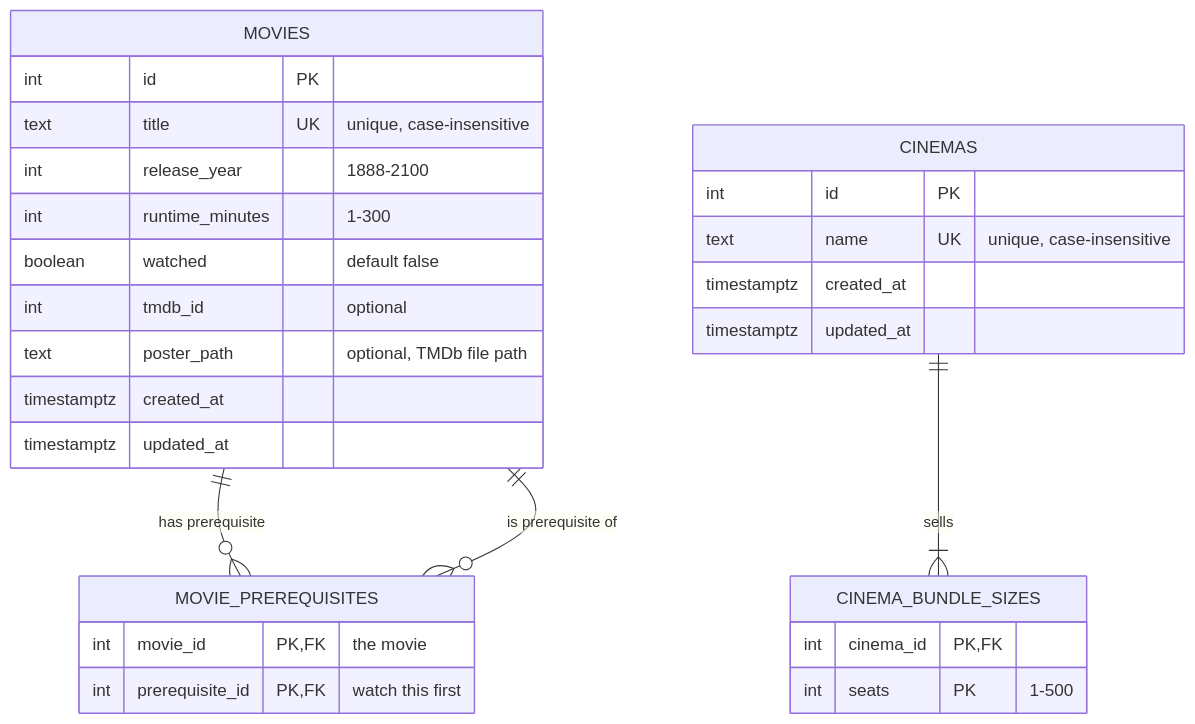
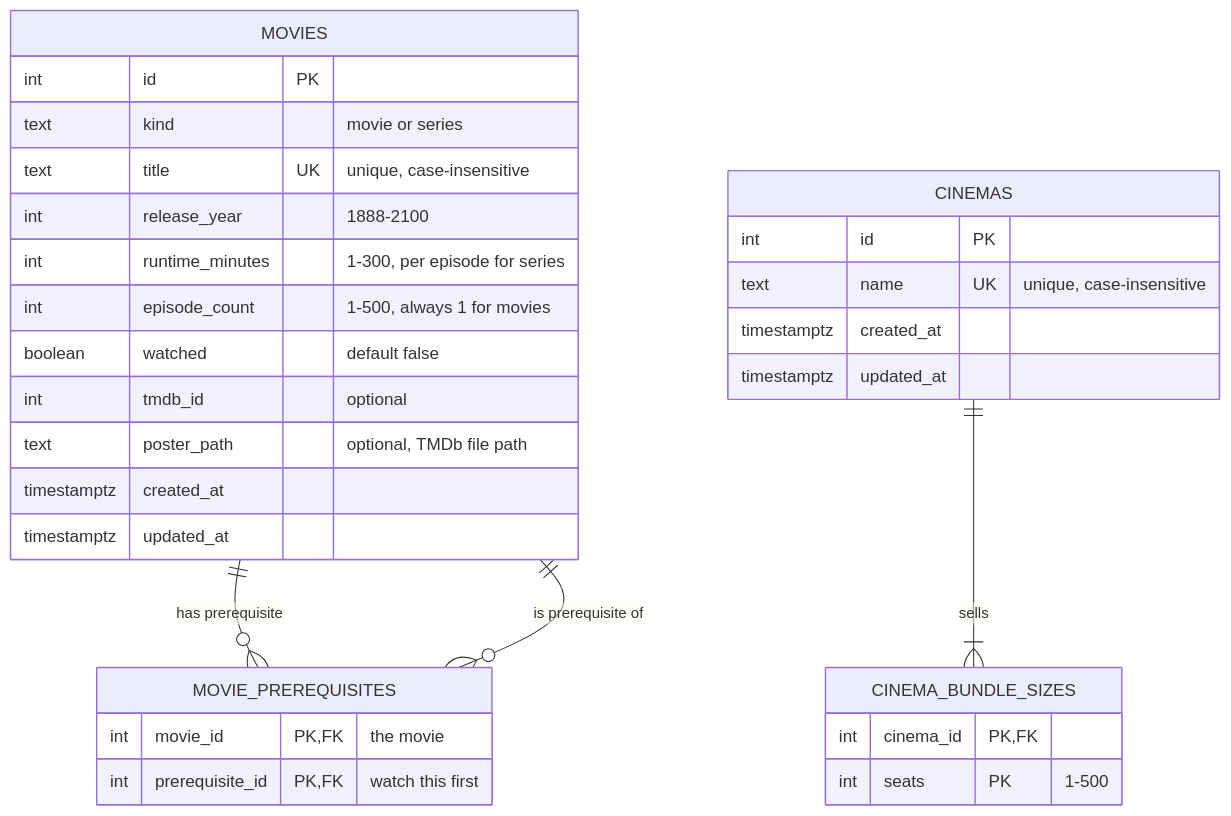
One commit to SnoOpWo0t/DoomsdayCalling changed the diagram in README.md. Above: the diagram before and after it, drawn with Mermaid. The commit also changed other lines of this file and 3 other files, not shown here.

````diff
--- a/README.md
+++ b/README.md
@@ -203,35 +204,37 @@
 ```mermaid
 erDiagram
     MOVIES ||--o{ MOVIE_PREREQUISITES : "has prerequisite"
     MOVIES ||--o{ MOVIE_PREREQUISITES : "is prerequisite of"
     CINEMAS ||--|{ CINEMA_BUNDLE_SIZES : sells
 
     MOVIES {
         int id PK
+        text kind "movie or series"
         text title UK "unique, case-insensitive"
         int release_year "1888-2100"
-        int runtime_minutes "1-300"
+        int runtime_minutes "1-300, per episode for series"
+        int episode_count "1-500, always 1 for movies"
         boolean watched "default false"
         int tmdb_id "optional"
         text poster_path "optional, TMDb file path"
         timestamptz created_at
         timestamptz updated_at
     }
 
     MOVIE_PREREQUISITES {
         int movie_id PK, FK "the movie"
         int prerequisite_id PK, FK "watch this first"
     }
 
     CINEMAS {
         int id PK
         text name UK "unique, case-insensitive"
         timestamptz created_at
         timestamptz updated_at
     }
 
     CINEMA_BUNDLE_SIZES {
         int cinema_id PK, FK
         int seats PK "1-500"
     }
 ```
````
